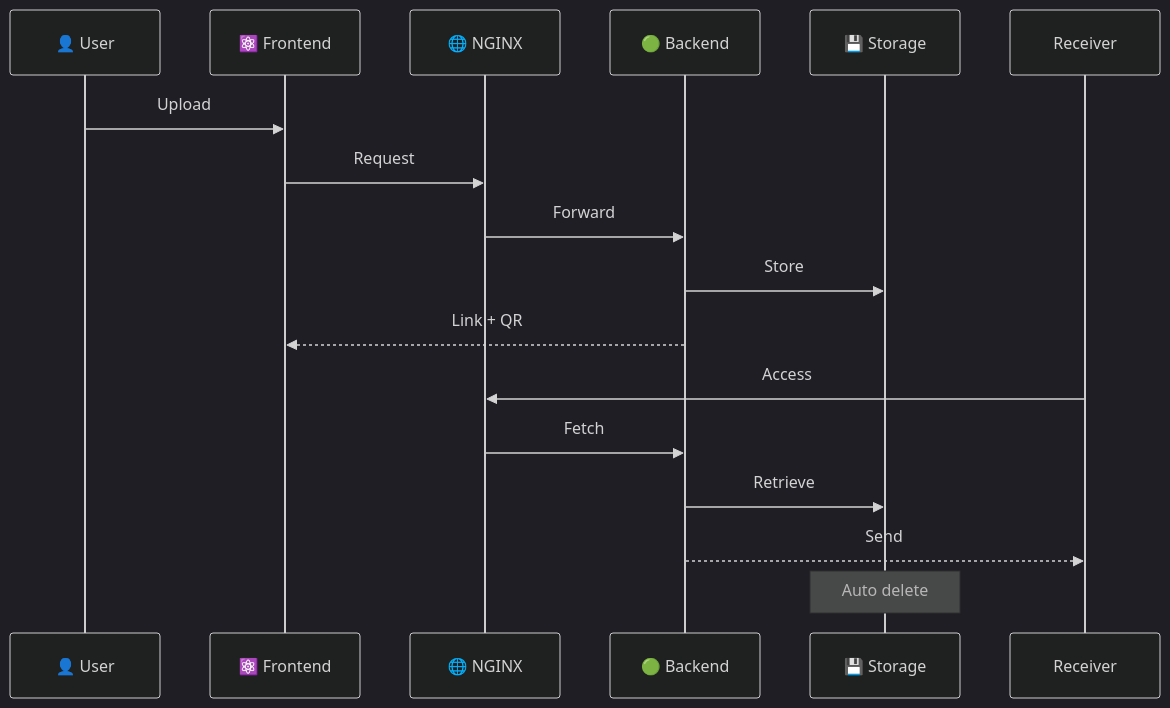
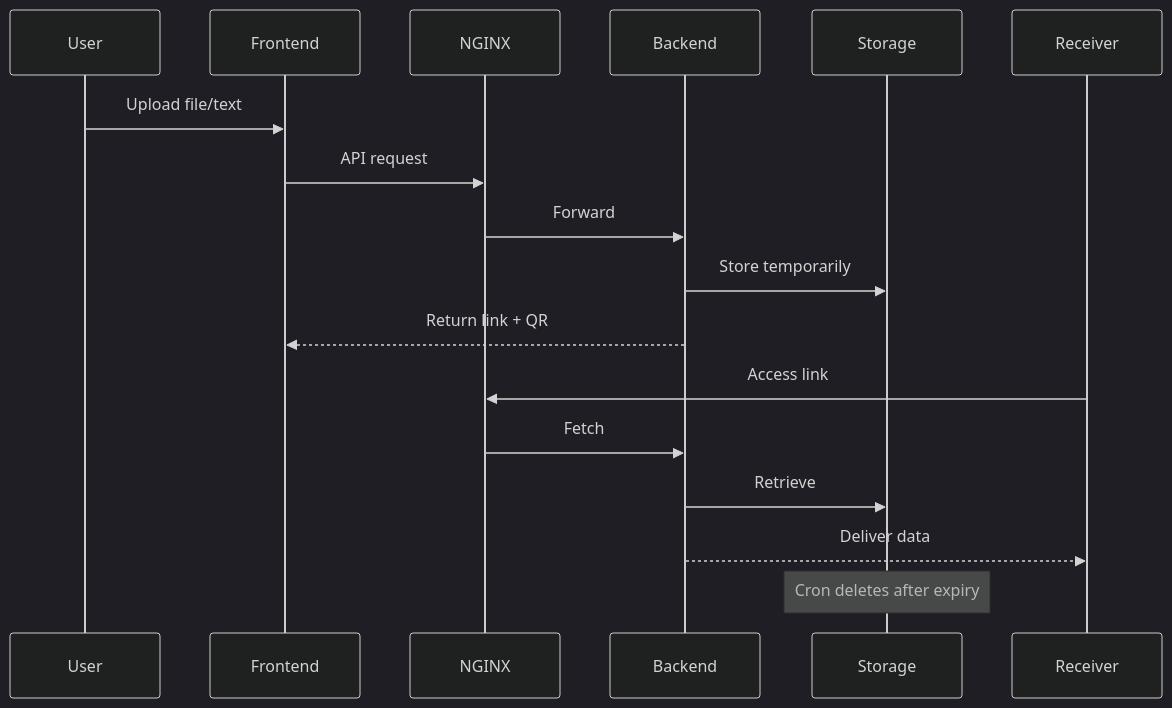
Before and after one commit to AtulYadavCodes/Bytesend: the third of 3 diagrams in README.md, drawn with Mermaid (dark theme). The commit also changed other lines of this file, not shown here.

Commit message:
readme updated mermaid diagrams

````diff
--- a/README.md
+++ b/README.md
@@ -83,19 +81,19 @@
 ```mermaid
 sequenceDiagram
-    participant U as 👤 User
-    participant F as ⚛️ Frontend
-    participant N as 🌐 NGINX
-    participant B as 🟢 Backend
-    participant S as 💾 Storage
+    participant U as User
+    participant F as Frontend
+    participant N as NGINX
+    participant B as Backend
+    participant S as Storage
 
-    U->>F: Upload
-    F->>N: Request
+    U->>F: Upload file/text
+    F->>N: API request
     N->>B: Forward
-    B->>S: Store
-    B-->>F: Link + QR
-    Receiver->>N: Access
+    B->>S: Store temporarily
+    B-->>F: Return link + QR
+    Receiver->>N: Access link
     N->>B: Fetch
     B->>S: Retrieve
-    B-->>Receiver: Send
-    Note over S: Auto delete
+    B-->>Receiver: Deliver data
+    Note over S: Cron deletes after expiry
 ```
````
